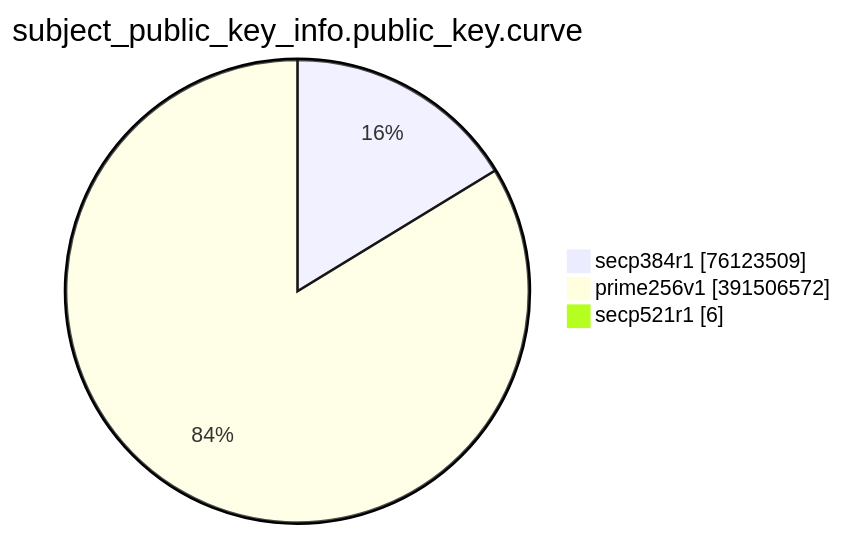
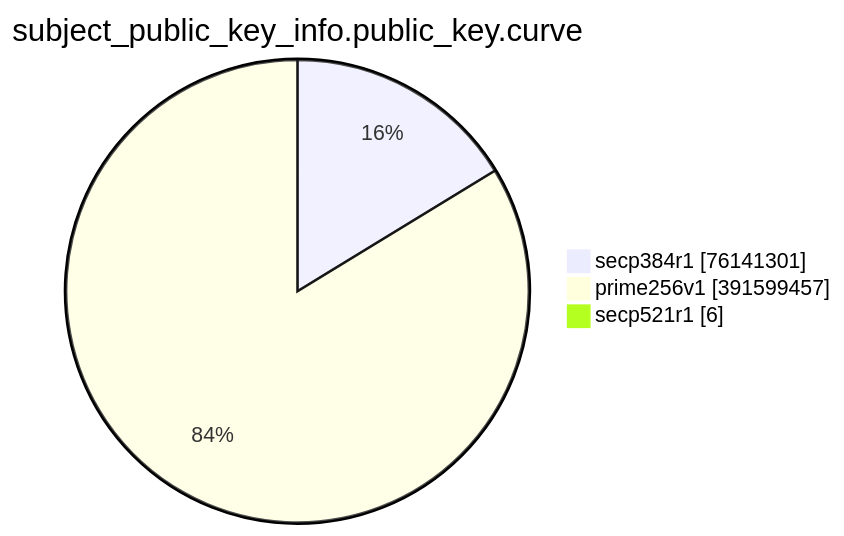
One commit to christiankrug/ctmonitor_visualization changed the eighth of 15 diagrams in TOTAL/README.md. Above: the diagram before and after it, drawn with Mermaid. The commit also changed other lines of this file, not shown here.

````diff
--- a/TOTAL/README.md
+++ b/TOTAL/README.md
@@ -3094,7 +3094,7 @@
 ```mermaid
 pie showData
 title subject_public_key_info.public_key.curve
-"secp384r1" :76123509
-"prime256v1" :391506572
+"secp384r1" :76141301
+"prime256v1" :391599457
 "secp521r1" :6
 ```
````
